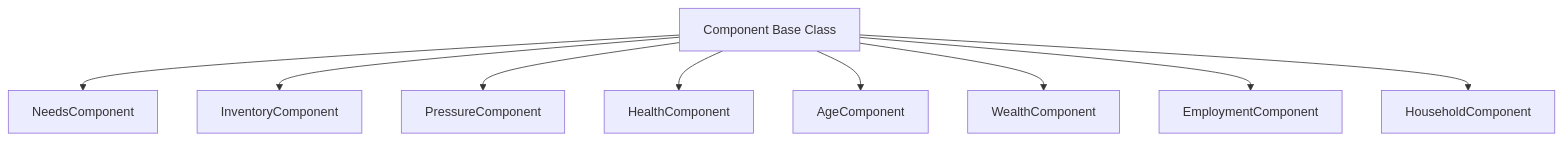
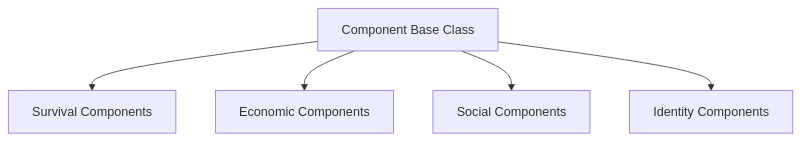
Before and after one commit to LunarVagabond/Lunaris-Civitas: the first of 7 diagrams in docs/public/Architecture/README.md, drawn with Mermaid. The commit also changed other lines of this file and 30 other files, not shown here.

````diff
--- a/docs/public/Architecture/README.md
+++ b/docs/public/Architecture/README.md
@@ -37,21 +40,8 @@
 ```mermaid
-graph TB
+graph TD
     Component[Component Base Class]
-    Needs[NeedsComponent]
-    Inventory[InventoryComponent]
-    Pressure[PressureComponent]
-    Health[HealthComponent]
-    Age[AgeComponent]
-    Wealth[WealthComponent]
-    Employment[EmploymentComponent]
-    Household[HouseholdComponent]
-    
-    Component --> Needs
-    Component --> Inventory
-    Component --> Pressure
-    Component --> Health
-    Component --> Age
-    Component --> Wealth
-    Component --> Employment
-    Component --> Household
+    Component --> Survival[Survival Components]
+    Component --> Economic[Economic Components]
+    Component --> Social[Social Components]
+    Component --> Identity[Identity Components]
 ```
````
